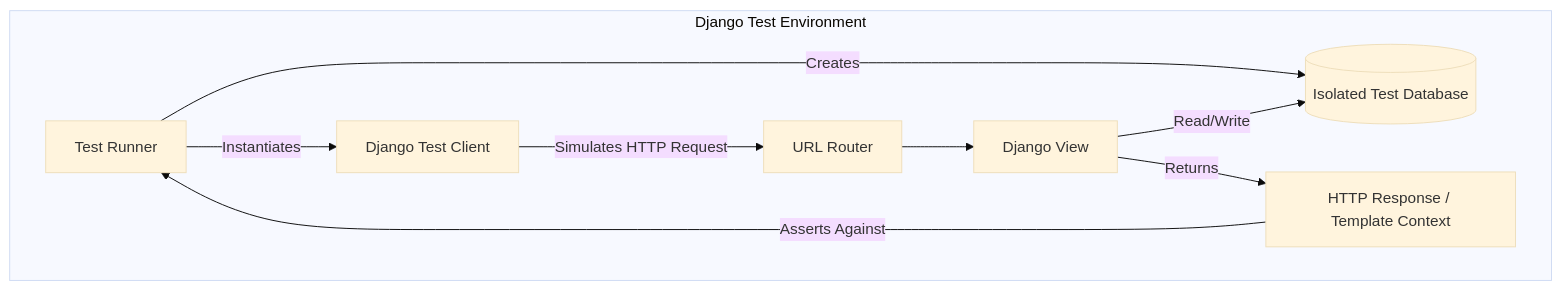
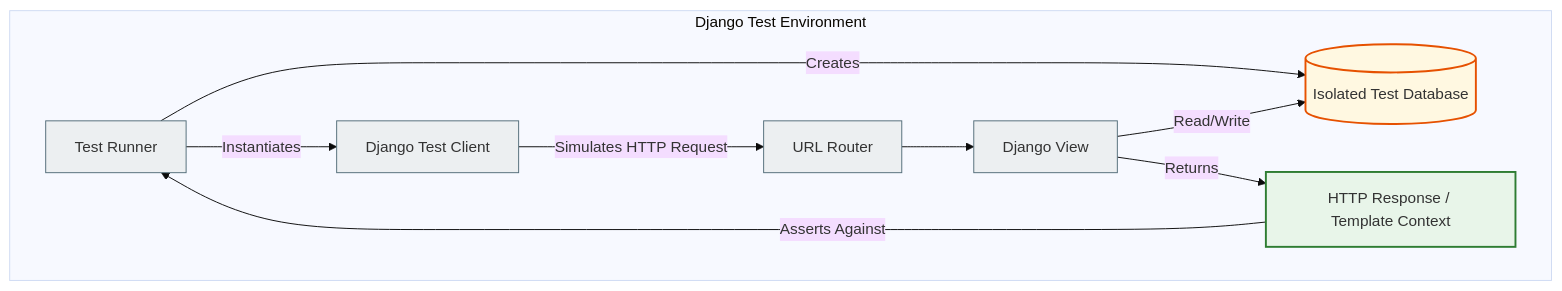
Before and after one commit to NikoriakViktot/notes_chat_app: the third of 7 diagrams in docs/08_testing_and_quality/testing_foundations_full.md, drawn with Mermaid (base theme). The commit also changed other lines of this file and 441 other files, not shown here.

First line of the commit message:
Add English version of the book, Mermaid standard, docs fixes

````diff
--- a/docs/08_testing_and_quality/testing_foundations_full.md
+++ b/docs/08_testing_and_quality/testing_foundations_full.md
@@ -1085,12 +1093,19 @@
 ```mermaid
 graph TD
     subgraph Django Test Environment
     A[Test Runner] -->|Creates| B[(Isolated Test Database)]
     A -->|Instantiates| C[Django Test Client]
     C -->|Simulates HTTP Request| D[URL Router]
     D --> E[Django View]
     E -->|Read/Write| B
     E -->|Returns| F[HTTP Response / Template Context]
     F -->|Asserts Against| A
     end
+
+    classDef step     fill:#eceff1,stroke:#546e7a,stroke-width:1px;
+    classDef success  fill:#e8f5e9,stroke:#2e7d32,stroke-width:2px;
+    classDef warning  fill:#fff8e1,stroke:#e65100,stroke-width:2px;
+    class A,C,D,E step;
+    class B warning;
+    class F success;
 ```
````
